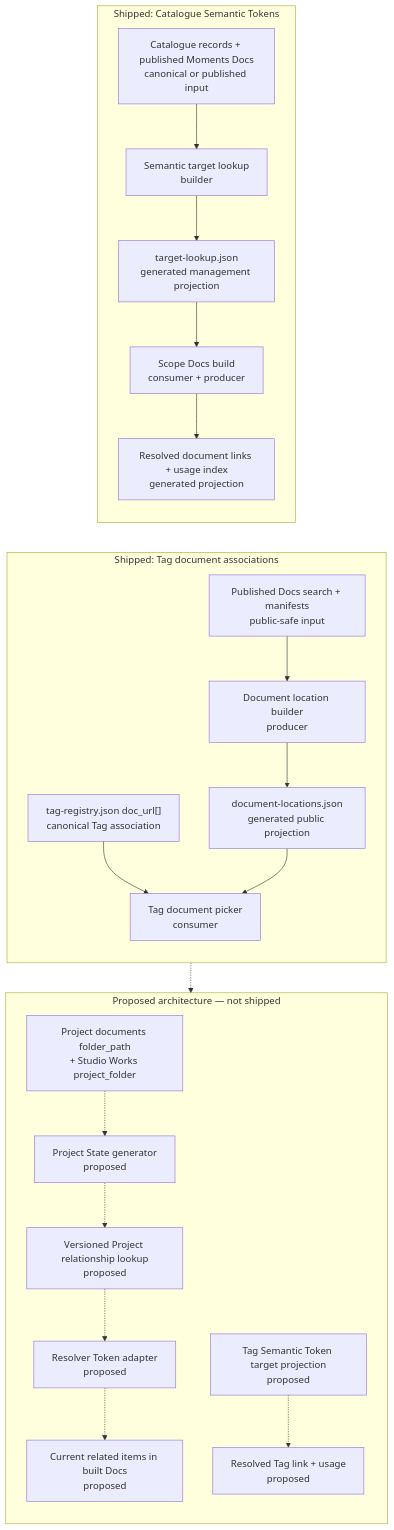
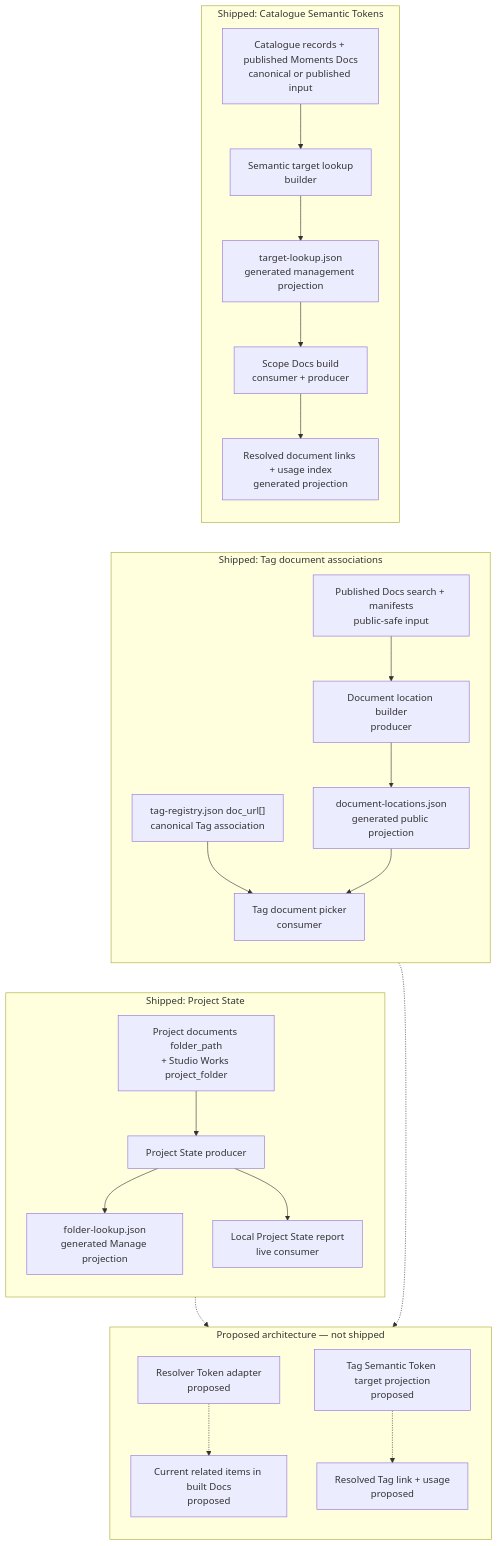
One commit to dotlineform/dotlineform-site changed the diagram in docs-viewer/scopes/studio/source/documents/d-20260802-205912-16bc10.md. Above: the diagram before and after it, drawn with Mermaid. The commit also changed other lines of this file and 24 other files, not shown here.

````diff
--- a/docs-viewer/scopes/studio/source/documents/d-20260802-205912-16bc10.md
+++ b/docs-viewer/scopes/studio/source/documents/d-20260802-205912-16bc10.md
@@ -19,38 +19,44 @@
 ```mermaid
 flowchart TB
     accTitle: Shipped and proposed cross-system relationship projections
-    accDescr: Current Semantic Token and Tag document-location projections are separated from proposed Project State, Resolver Token, and Tag Semantic Token flows.
+    accDescr: Current Semantic Token, Tag document-location, and Project State projections are separated from proposed Resolver Token and Tag Semantic Token flows.
     subgraph semantic["Shipped: Catalogue Semantic Tokens"]
         direction TB
         catalogue["Catalogue records + published Moments Docs<br/>canonical or published input"]
         targetBuilder["Semantic target lookup<br/>builder"]
         targetLookup["target-lookup.json<br/>generated management projection"]
         docsBuild["Scope Docs build<br/>consumer + producer"]
         rendered["Resolved document links + usage index<br/>generated projection"]
         catalogue --> targetBuilder --> targetLookup --> docsBuild --> rendered
     end
     subgraph tags["Shipped: Tag document associations"]
         direction TB
         registry["tag-registry.json doc_url[]<br/>canonical Tag association"]
         publishedDocs["Published Docs search + manifests<br/>public-safe input"]
         locationBuilder["Document location builder<br/>producer"]
         locations["document-locations.json<br/>generated public projection"]
         picker["Tag document picker<br/>consumer"]
         registry --> picker
         publishedDocs --> locationBuilder --> locations --> picker
     end
+    subgraph project["Shipped: Project State"]
+        direction TB
+        projectEvidence["Project documents folder_path<br/>+ Studio Works project_folder"]
+        projectState["Project State producer"]
+        projectLookup["folder-lookup.json<br/>generated Manage projection"]
+        projectReport["Local Project State report<br/>live consumer"]
+        projectEvidence --> projectState --> projectLookup
+        projectState --> projectReport
+    end
     subgraph proposed["Proposed architecture — not shipped"]
         direction TB
-        projectEvidence["Project documents folder_path<br/>+ Studio Works project_folder"]
-        projectState["Project State generator<br/>proposed"]
-        projectLookup["Versioned Project relationship lookup<br/>proposed"]
         resolver["Resolver Token adapter<br/>proposed"]
         resolverOutput["Current related items in built Docs<br/>proposed"]
         tagTokens["Tag Semantic Token target projection<br/>proposed"]
         tagOutput["Resolved Tag link + usage<br/>proposed"]
-        projectEvidence -.-> projectState -.-> projectLookup -.-> resolver -.-> resolverOutput
+        projectLookup -.-> resolver -.-> resolverOutput
         registry -.-> tagTokens -.-> tagOutput
     end
     rendered ~~~ registry
     picker ~~~ projectEvidence
 ```
````
